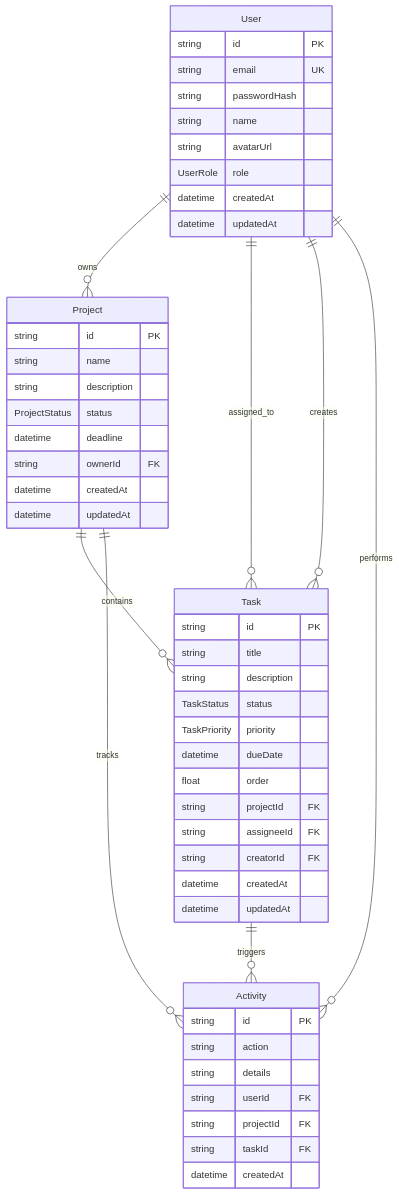
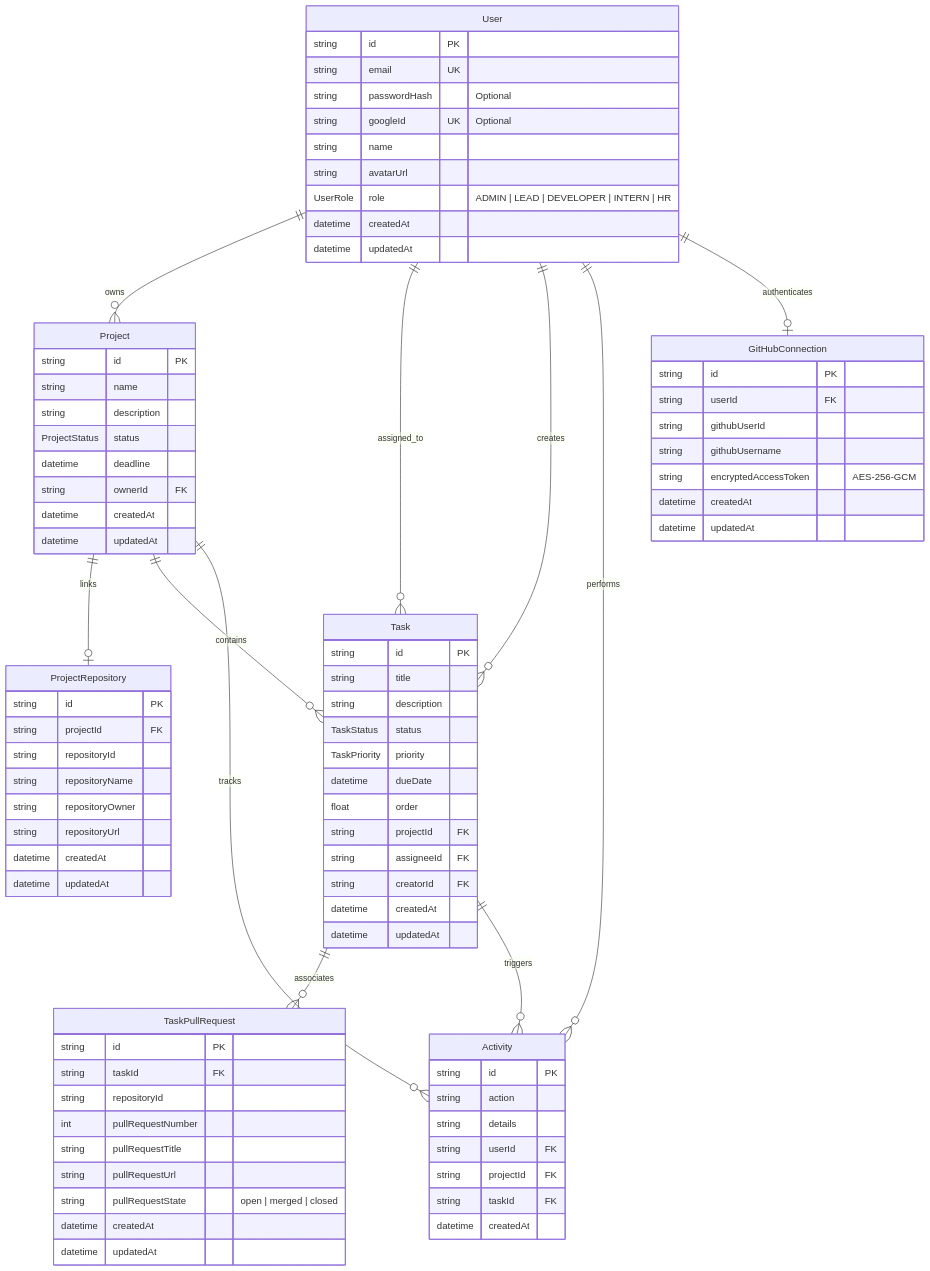
One commit to Gagandeeprai/devsync changed the second of 4 diagrams in README.md. Above: the diagram before and after it, drawn with Mermaid. The commit also changed other lines of this file and 14 other files, not shown here.

Commit message:
feat: implement Google Sign-In and complete GitHub integration with OAuth, repo linking, PR tracking, and webhook task automation

```diff
--- a/README.md
+++ b/README.md
@@ -142,17 +142,31 @@
     User ||--o{ Task : "assigned_to"
     User ||--o{ Task : "creates"
     User ||--o{ Activity : "performs"
+    User ||--o| GitHubConnection : "authenticates"
+    Project ||--o| ProjectRepository : "links"
     Project ||--o{ Task : "contains"
     Project ||--o{ Activity : "tracks"
+    Task ||--o{ TaskPullRequest : "associates"
     Task ||--o{ Activity : "triggers"
 
     User {
         string id PK
         string email UK
-        string passwordHash
+        string passwordHash "Optional"
+        string googleId UK "Optional"
         string name
         string avatarUrl
-        UserRole role
+        UserRole role "ADMIN | LEAD | DEVELOPER | INTERN | HR"
+        datetime createdAt
+        datetime updatedAt
+    }
+
+    GitHubConnection {
+        string id PK
+        string userId FK
+        string githubUserId
+        string githubUsername
+        string encryptedAccessToken "AES-256-GCM"
         datetime createdAt
         datetime updatedAt
     }
@@ -164,6 +178,17 @@
         ProjectStatus status
         datetime deadline
         string ownerId FK
+        datetime createdAt
+        datetime updatedAt
+    }
+
+    ProjectRepository {
+        string id PK
+        string projectId FK
+        string repositoryId
+        string repositoryName
+        string repositoryOwner
+        string repositoryUrl
         datetime createdAt
         datetime updatedAt
     }
@@ -183,6 +208,18 @@
         datetime updatedAt
     }
 
+    TaskPullRequest {
+        string id PK
+        string taskId FK
+        string repositoryId
+        int pullRequestNumber
+        string pullRequestTitle
+        string pullRequestUrl
+        string pullRequestState "open | merged | closed"
+        datetime createdAt
+        datetime updatedAt
+    }
+
     Activity {
         string id PK
         string action
```
